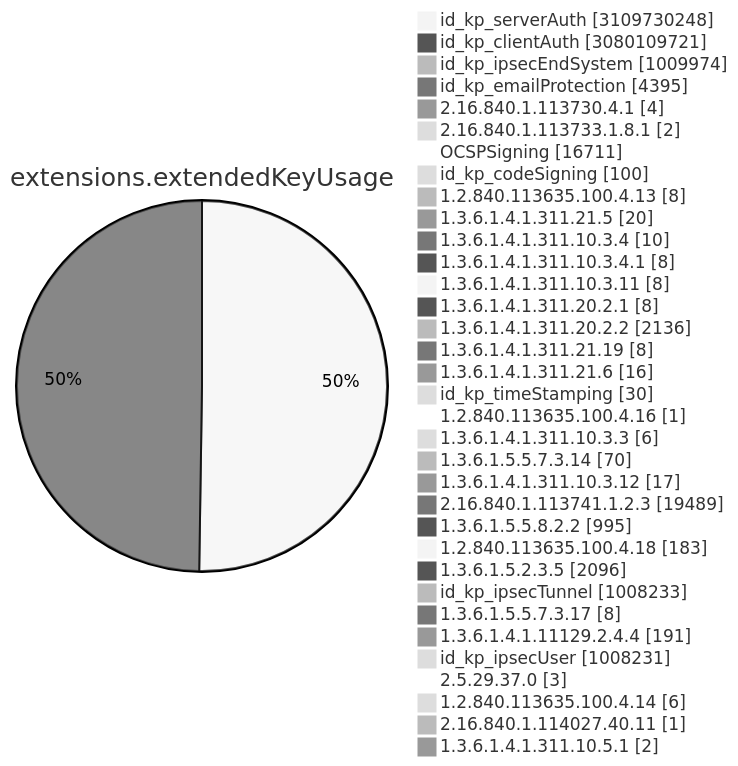
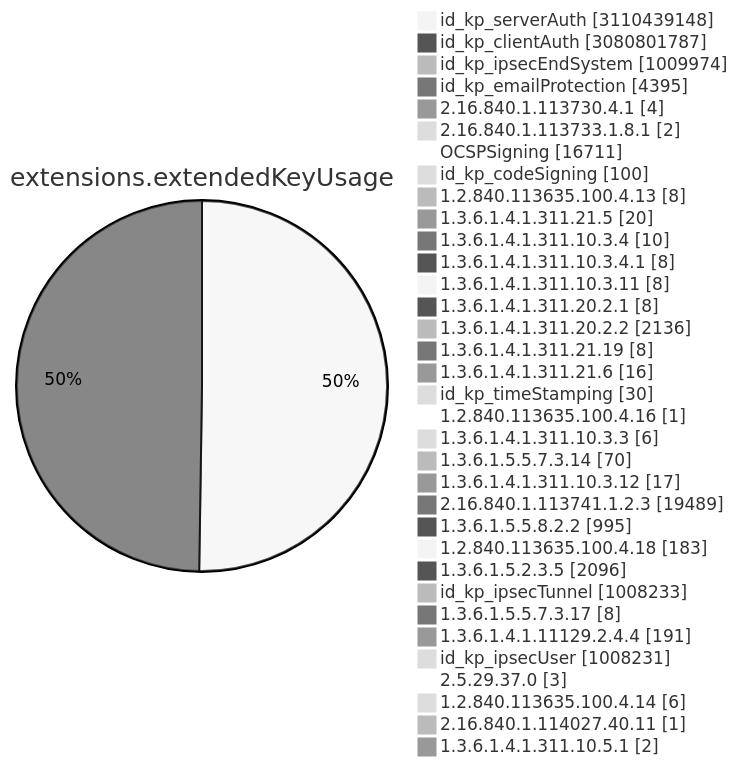
One commit to christiankrug/ctmonitor_visualization changed diagram 11 of 15 in TOTAL/README.md. Above: the diagram before and after it, drawn with Mermaid (neutral theme). The commit also changed other lines of this file, not shown here.

````diff
--- a/TOTAL/README.md
+++ b/TOTAL/README.md
@@ -4119,38 +4119,38 @@
 ```mermaid
 pie showData
 title extensions.extendedKeyUsage
-"id_kp_serverAuth" :3109730248
-"id_kp_clientAuth" :3080109721
+"id_kp_serverAuth" :3110439148
+"id_kp_clientAuth" :3080801787
 "id_kp_ipsecEndSystem" :1009974
 "id_kp_emailProtection" :4395
 "2.16.840.1.113730.4.1" :4
 "2.16.840.1.113733.1.8.1" :2
 "OCSPSigning" :16711
 "id_kp_codeSigning" :100
 "1.2.840.113635.100.4.13" :8
 "1.3.6.1.4.1.311.21.5" :20
 "1.3.6.1.4.1.311.10.3.4" :10
 "1.3.6.1.4.1.311.10.3.4.1" :8
 "1.3.6.1.4.1.311.10.3.11" :8
 "1.3.6.1.4.1.311.20.2.1" :8
 "1.3.6.1.4.1.311.20.2.2" :2136
 "1.3.6.1.4.1.311.21.19" :8
 "1.3.6.1.4.1.311.21.6" :16
 "id_kp_timeStamping" :30
 "1.2.840.113635.100.4.16" :1
 "1.3.6.1.4.1.311.10.3.3" :6
 "1.3.6.1.5.5.7.3.14" :70
 "1.3.6.1.4.1.311.10.3.12" :17
 "2.16.840.1.113741.1.2.3" :19489
 "1.3.6.1.5.5.8.2.2" :995
 "1.2.840.113635.100.4.18" :183
 "1.3.6.1.5.2.3.5" :2096
 "id_kp_ipsecTunnel" :1008233
 "1.3.6.1.5.5.7.3.17" :8
 "1.3.6.1.4.1.11129.2.4.4" :191
 "id_kp_ipsecUser" :1008231
 "2.5.29.37.0" :3
 "1.2.840.113635.100.4.14" :6
 "2.16.840.1.114027.40.11" :1
 "1.3.6.1.4.1.311.10.5.1" :2
 ```
````
